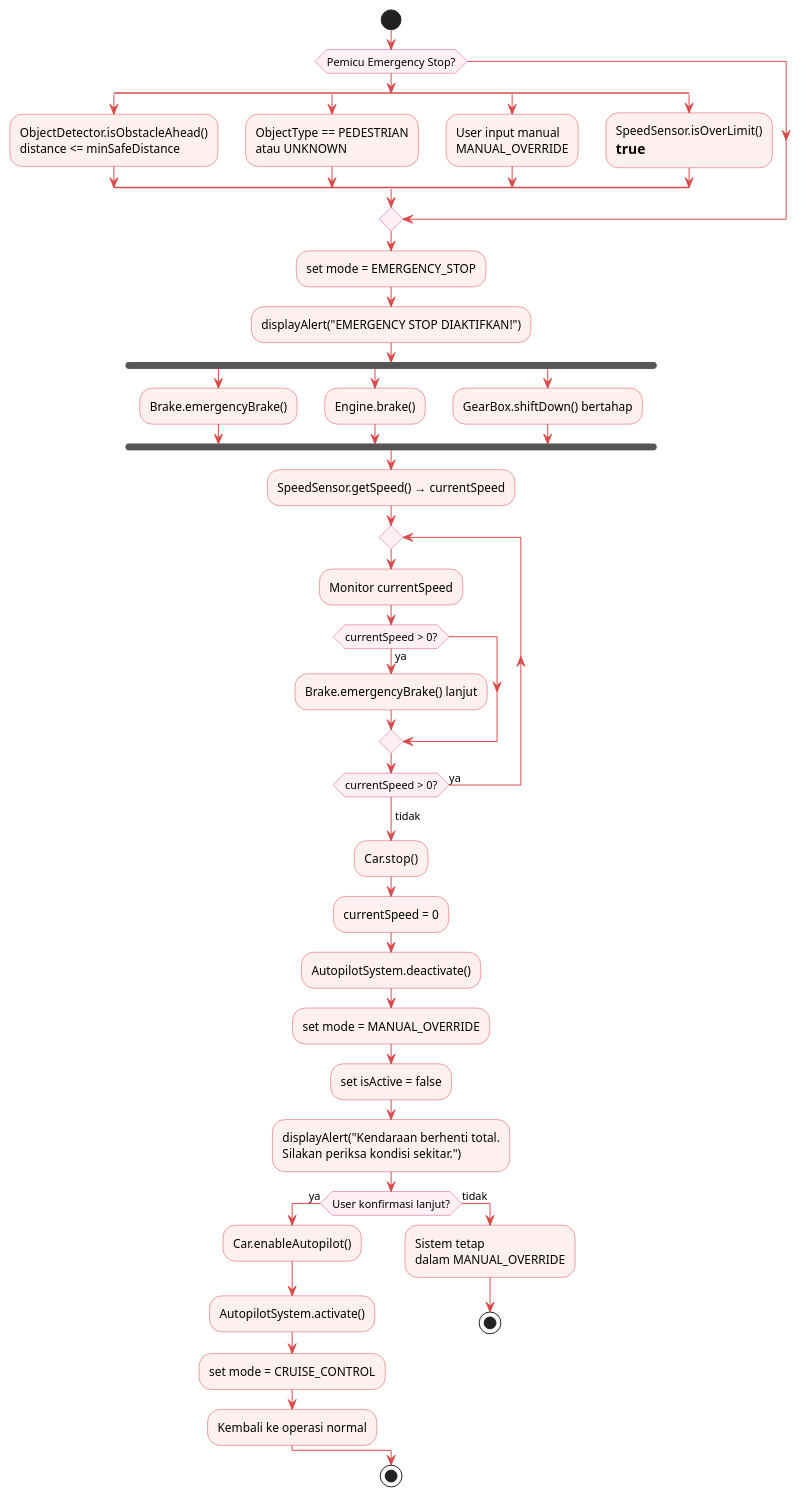
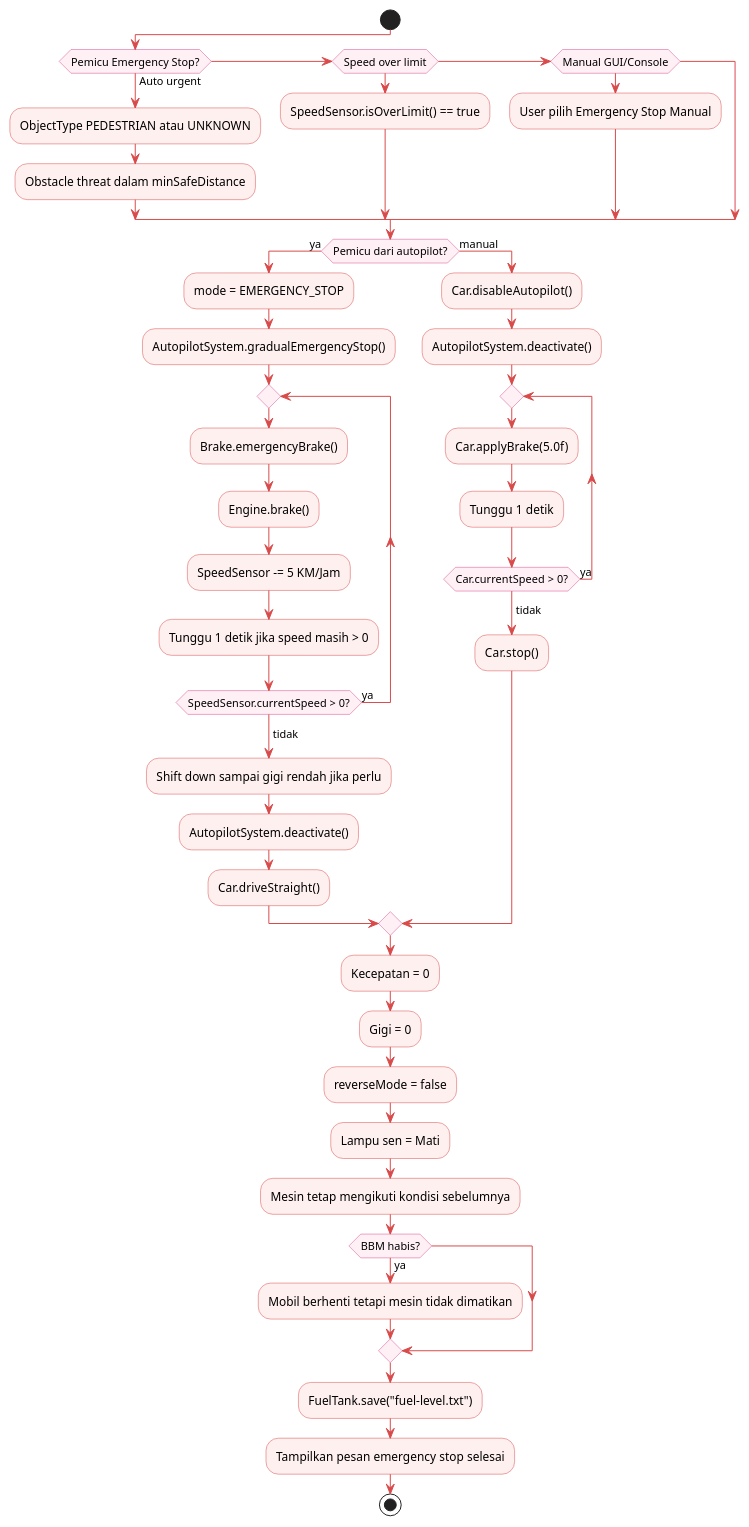
Before and after one commit to Musya351/OOP1: the diagram in activityDiagramPerFitur/EmergencyStop.wsd, drawn with PlantUML. The commit also changed 13 other files, not shown here.

```diff
--- a/activityDiagramPerFitur/EmergencyStop.wsd
+++ b/activityDiagramPerFitur/EmergencyStop.wsd
@@ -1,65 +1,61 @@
 @startuml EmergencyStop
 
 skinparam ActivityBackgroundColor #FFF0F0
 skinparam ActivityBorderColor #D94A4A
 skinparam ArrowColor #D94A4A
 skinparam ActivityDiamondBackgroundColor #FFF0F5
 skinparam ActivityDiamondBorderColor #D94A8C
 
 start
 
-if (Pemicu Emergency Stop?) then
-  split
-    :ObjectDetector.isObstacleAhead()\ndistance <= minSafeDistance;
-  split again
-    :ObjectType == PEDESTRIAN\natau UNKNOWN;
-  split again
-    :User input manual\nMANUAL_OVERRIDE;
-  split again
-    :SpeedSensor.isOverLimit()\n== true;
-  end split
+if (Pemicu Emergency Stop?) then (Auto urgent)
+  :ObjectType PEDESTRIAN atau UNKNOWN;
+  :Obstacle threat dalam minSafeDistance;
+elseif (Speed over limit)
+  :SpeedSensor.isOverLimit() == true;
+elseif (Manual GUI/Console)
+  :User pilih Emergency Stop Manual;
 endif
 
-:set mode = EMERGENCY_STOP;
-:displayAlert("EMERGENCY STOP DIAKTIFKAN!");
+if (Pemicu dari autopilot?) then (ya)
+  :mode = EMERGENCY_STOP;
+  :AutopilotSystem.gradualEmergencyStop();
+  repeat
+    :Brake.emergencyBrake();
+    :Engine.brake();
+    :SpeedSensor -= 5 KM/Jam;
+    :Tunggu 1 detik jika speed masih > 0;
+  repeat while (SpeedSensor.currentSpeed > 0?) is (ya)
+  ->tidak;
 
-fork
-  :Brake.emergencyBrake();
-fork again
-  :Engine.brake();
-fork again
-  :GearBox.shiftDown() bertahap;
-end fork
+  :Shift down sampai gigi rendah jika perlu;
+  :AutopilotSystem.deactivate();
+  :Car.driveStraight();
+else (manual)
+  :Car.disableAutopilot();
+  :AutopilotSystem.deactivate();
+  repeat
+    :Car.applyBrake(5.0f);
+    :Tunggu 1 detik;
+  repeat while (Car.currentSpeed > 0?) is (ya)
+  ->tidak;
 
-:SpeedSensor.getSpeed() → currentSpeed;
+  :Car.stop();
+endif
 
-repeat
-  :Monitor currentSpeed;
-  if (currentSpeed > 0?) then (ya)
-    :Brake.emergencyBrake() lanjut;
-  endif
-repeat while (currentSpeed > 0?) is (ya)
--> tidak;
+:Kecepatan = 0;
+:Gigi = 0;
+:reverseMode = false;
+:Lampu sen = Mati;
+:Mesin tetap mengikuti kondisi sebelumnya;
 
-:Car.stop();
-:currentSpeed = 0;
+if (BBM habis?) then (ya)
+  :Mobil berhenti tetapi mesin tidak dimatikan;
+endif
 
-:AutopilotSystem.deactivate();
-:set mode = MANUAL_OVERRIDE;
-:set isActive = false;
-
-:displayAlert("Kendaraan berhenti total.\nSilakan periksa kondisi sekitar.");
-
-if (User konfirmasi lanjut?) then (ya)
-  :Car.enableAutopilot();
-  :AutopilotSystem.activate();
-  :set mode = CRUISE_CONTROL;
-  :Kembali ke operasi normal;
-else (tidak)
-  :Sistem tetap\ndalam MANUAL_OVERRIDE;
-  stop
-endif
+:FuelTank.save("fuel-level.txt");
+:Tampilkan pesan emergency stop selesai;
 
 stop
 
 @enduml
```
